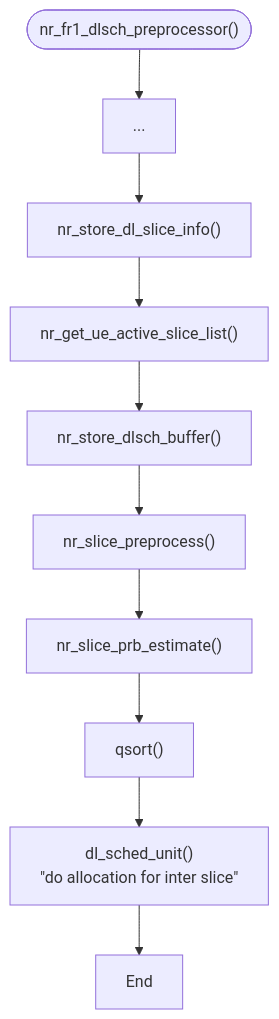
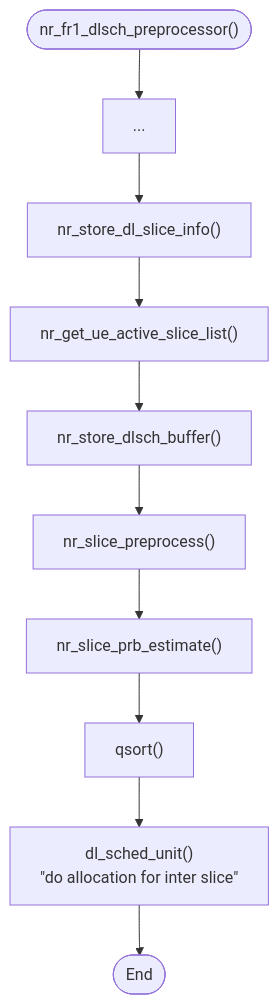
One commit to bmw-ece-ntust/guideline-template changed the fourth of 5 diagrams in studyNotes/20241108 Study Note (NEU ORANSlice MAC SCH details).md. Above: the diagram before and after it, drawn with Mermaid. The commit also changed other lines of this file, not shown here.

````diff
--- a/studyNotes/20241108 Study Note (NEU ORANSlice MAC SCH details).md
+++ b/studyNotes/20241108 Study Note (NEU ORANSlice MAC SCH details).md
@@ -149,15 +149,15 @@
 ```mermaid
 flowchart TD
 	A(["nr_fr1_dlsch_preprocessor()"])
-	Z[End]
+	Z([End])
 	B[...]
 	C["nr_store_dl_slice_info()"]
 	D["nr_get_ue_active_slice_list()"]
 	E["nr_store_dlsch_buffer()"]
 	F["nr_slice_preprocess()"]
 	G["nr_slice_prb_estimate()"]
 	H["qsort()"]
 	I["dl_sched_unit()
 	#quot;do allocation for inter slice#quot;"]
 	A-->B-->C-->D-->E-->F-->G-->H-->I-->Z
 ```
````
